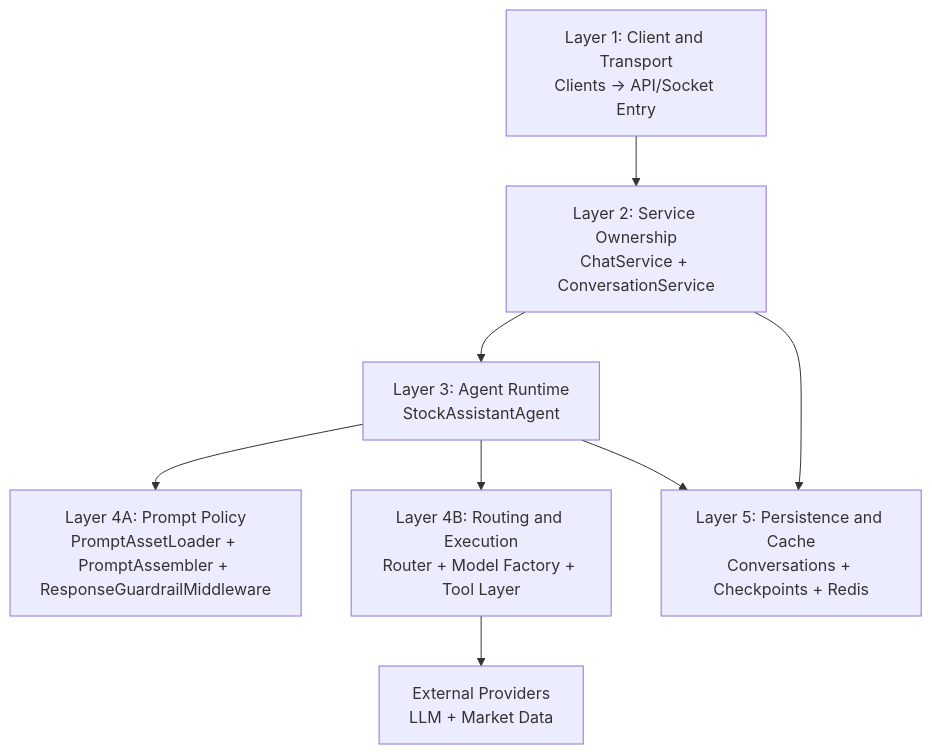
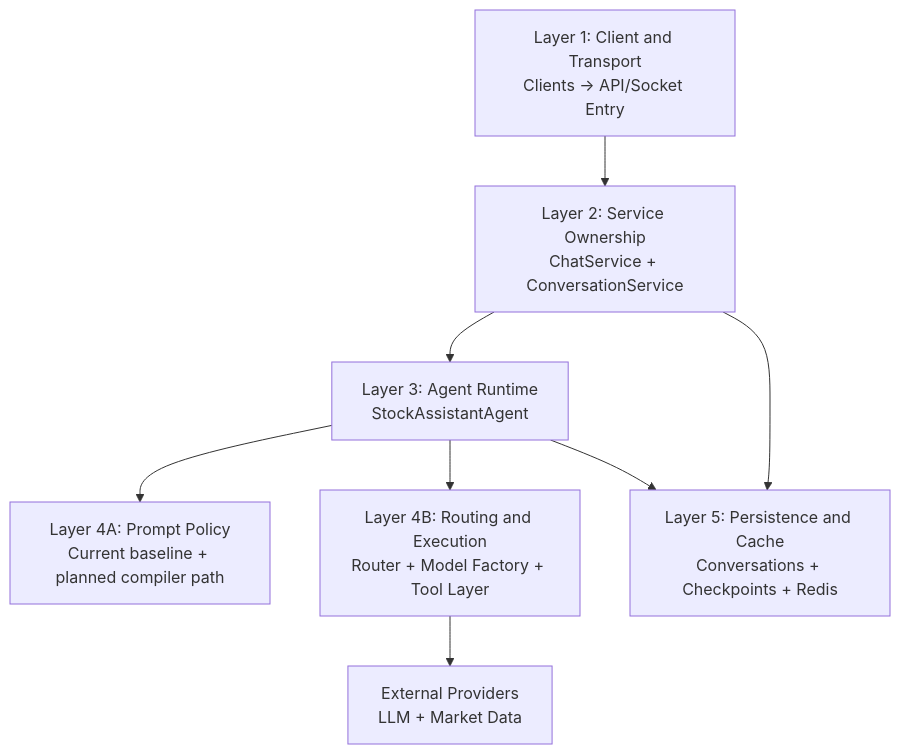
One commit to d-dragon/dp-stock-investment-assistant changed the fourth of 11 diagrams in docs/domains/agent/ARCHITECTURE_DESIGN.md. Above: the diagram before and after it, drawn with Mermaid. The commit also changed other lines of this file and 1 other file, not shown here.

Commit message:
docs(agent): refine prompt system architecture and design with clarifying transition from hardcoded to governed prompt assets

````diff
--- a/docs/domains/agent/ARCHITECTURE_DESIGN.md
+++ b/docs/domains/agent/ARCHITECTURE_DESIGN.md
@@ -425,18 +419,18 @@
 ```mermaid
 flowchart TD
   L1["Layer 1: Client and Transport\nClients -> API/Socket Entry"]
   L2["Layer 2: Service Ownership\nChatService + ConversationService"]
   L3["Layer 3: Agent Runtime\nStockAssistantAgent"]
-  L4A["Layer 4A: Prompt Policy\nPromptAssetLoader + PromptAssembler + ResponseGuardrailMiddleware"]
+  L4A["Layer 4A: Prompt Policy\nCurrent baseline + planned compiler path"]
   L4B["Layer 4B: Routing and Execution\nRouter + Model Factory + Tool Layer"]
   L5["Layer 5: Persistence and Cache\nConversations + Checkpoints + Redis"]
   EXT["External Providers\nLLM + Market Data"]
 
   L1 --> L2
   L2 --> L3
   L3 --> L4A
   L3 --> L4B
   L2 --> L5
   L3 --> L5
   L4B --> EXT
 ```
````
